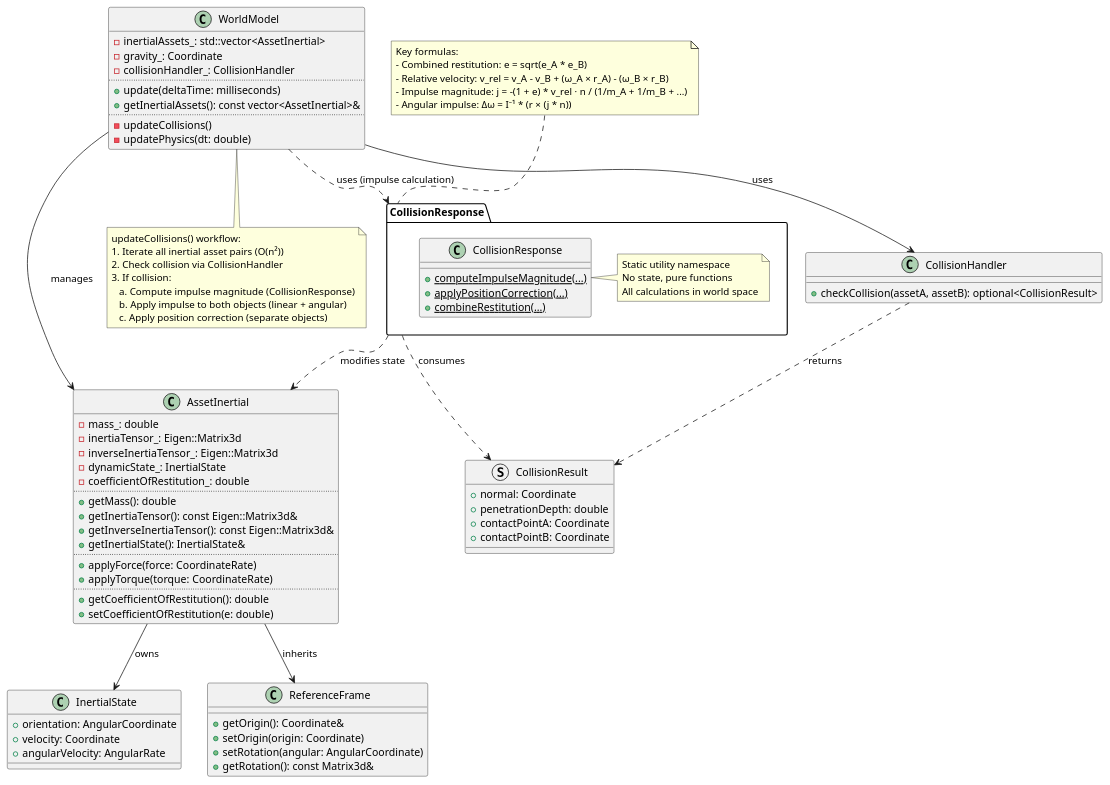
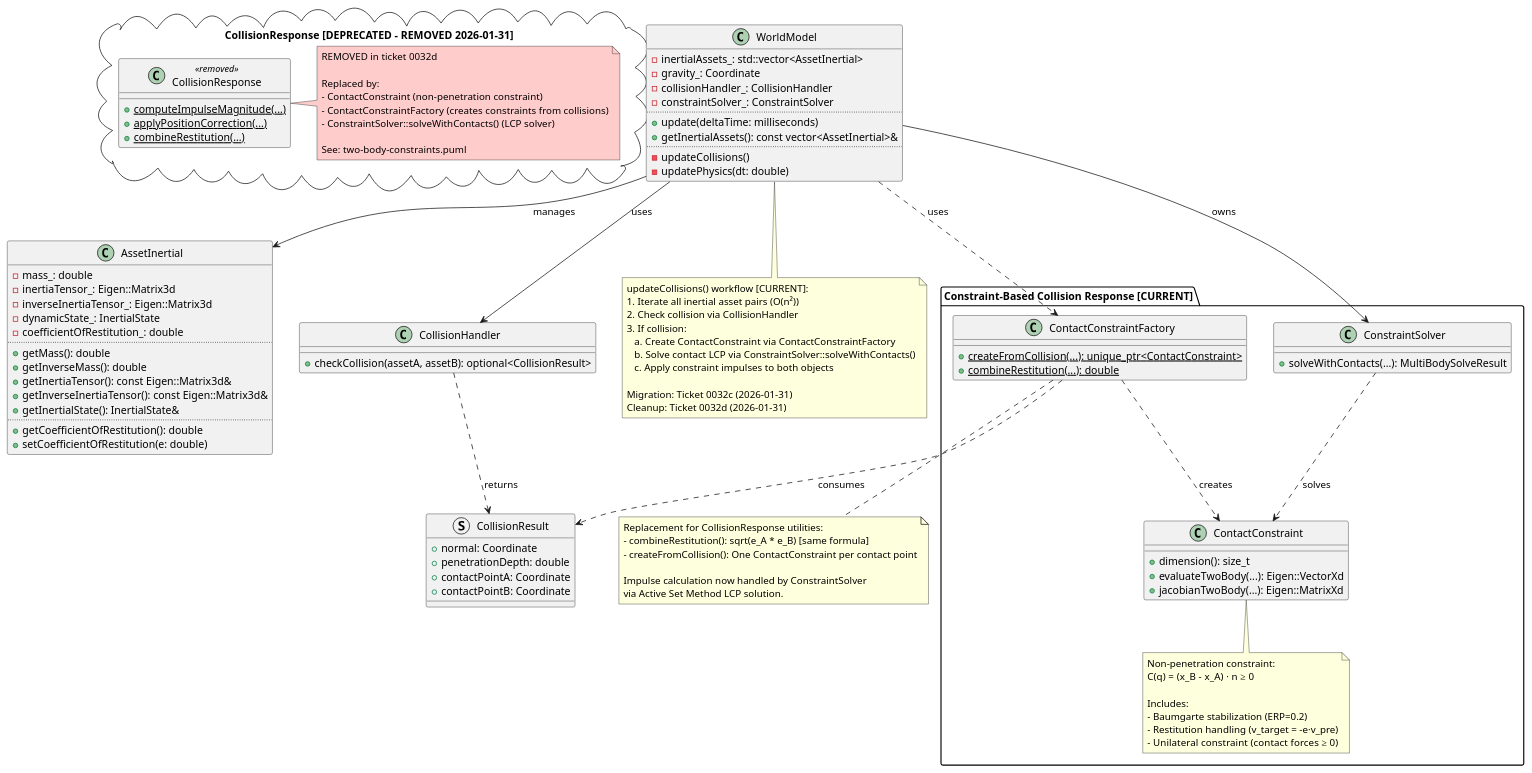
One commit to danielnewman09/MSD-CPP changed the diagram in docs/msd/msd-sim/Physics/collision-response.puml. Above: the diagram before and after it, drawn with PlantUML. The commit also changed 13 other files, not shown here.

Commit message:
implement collision response cleanup and documentation updates

```diff
--- a/docs/msd/msd-sim/Physics/collision-response.puml
+++ b/docs/msd/msd-sim/Physics/collision-response.puml
@@ -1,121 +1,151 @@
 @startuml
 
-' === Collision Response System ===
-' Impulse-based physics response for rigid body collisions
-' Ticket: 0027_collision_response_system
+' === HISTORICAL: Collision Response System ===
+' This diagram documents the deprecated impulse-based collision response
+' system that was REMOVED in ticket 0032d (2026-01-31).
+'
+' Original ticket: 0027_collision_response_system (2026-01-24)
+' Removal ticket: 0032d_collision_response_cleanup (2026-01-31)
+' Parent refactor: 0032_contact_constraint_refactor
+'
+' REPLACEMENT: Collision response is now handled by the constraint framework.
+' See: two-body-constraints.puml for ContactConstraint and ContactConstraintFactory
+' See: generalized-constraints.puml for ConstraintSolver
 
-package "CollisionResponse" {
-  class CollisionResponse {
+package "CollisionResponse [DEPRECATED - REMOVED 2026-01-31]" <<Cloud>> {
+  class CollisionResponse <<removed>> {
     ' Stateless utility namespace for collision response calculations
     {static} + computeImpulseMagnitude(...)
     {static} + applyPositionCorrection(...)
     {static} + combineRestitution(...)
   }
 
-  note right of CollisionResponse
-    Static utility namespace
-    No state, pure functions
-    All calculations in world space
+  note right of CollisionResponse #FFCCCC
+    REMOVED in ticket 0032d
+
+    Replaced by:
+    - ContactConstraint (non-penetration constraint)
+    - ContactConstraintFactory (creates constraints from collisions)
+    - ConstraintSolver::solveWithContacts() (LCP solver)
+
+    See: two-body-constraints.puml
   end note
 }
 
-' === Integration with AssetInertial ===
+' === Current System (Post-Removal) ===
+
+package "Constraint-Based Collision Response [CURRENT]" {
+  class ContactConstraint {
+    + dimension(): size_t
+    + evaluateTwoBody(...): Eigen::VectorXd
+    + jacobianTwoBody(...): Eigen::MatrixXd
+  }
+
+  class ContactConstraintFactory {
+    {static} + createFromCollision(...): unique_ptr<ContactConstraint>
+    {static} + combineRestitution(...): double
+  }
+
+  class ConstraintSolver {
+    + solveWithContacts(...): MultiBodySolveResult
+  }
+
+  note bottom of ContactConstraint
+    Non-penetration constraint:
+    C(q) = (x_B - x_A) · n ≥ 0
+
+    Includes:
+    - Baumgarte stabilization (ERP=0.2)
+    - Restitution handling (v_target = -e·v_pre)
+    - Unilateral constraint (contact forces ≥ 0)
+  end note
+}
+
+' === Integration with AssetInertial (unchanged) ===
 
 class AssetInertial {
   ' Mass properties
   - mass_: double
   - inertiaTensor_: Eigen::Matrix3d
   - inverseInertiaTensor_: Eigen::Matrix3d
   - dynamicState_: InertialState
   - coefficientOfRestitution_: double
   ..
   ' Mass property accessors
   + getMass(): double
+  + getInverseMass(): double
   + getInertiaTensor(): const Eigen::Matrix3d&
   + getInverseInertiaTensor(): const Eigen::Matrix3d&
   + getInertialState(): InertialState&
-  ..
-  ' Force application
-  + applyForce(force: CoordinateRate)
-  + applyTorque(torque: CoordinateRate)
   ..
   ' Collision properties
   + getCoefficientOfRestitution(): double
   + setCoefficientOfRestitution(e: double)
 }
 
 class WorldModel {
   ' Simulation state
   - inertialAssets_: std::vector<AssetInertial>
   - gravity_: Coordinate
   - collisionHandler_: CollisionHandler
+  - constraintSolver_: ConstraintSolver
   ..
   ' Update loop
   + update(deltaTime: milliseconds)
   + getInertialAssets(): const vector<AssetInertial>&
   ..
   ' Physics integration
   - updateCollisions()
   - updatePhysics(dt: double)
 }
 
 ' === Existing Components (for context) ===
 
 class CollisionHandler {
   + checkCollision(assetA, assetB): optional<CollisionResult>
 }
 
 struct CollisionResult {
   + normal: Coordinate
   + penetrationDepth: double
   + contactPointA: Coordinate
   + contactPointB: Coordinate
 }
 
-class InertialState {
-  + orientation: AngularCoordinate
-  + velocity: Coordinate
-  + angularVelocity: AngularRate
-}
-
-class ReferenceFrame {
-  + getOrigin(): Coordinate&
-  + setOrigin(origin: Coordinate)
-  + setRotation(angular: AngularCoordinate)
-  + getRotation(): const Matrix3d&
-}
-
-' === Relationships ===
+' === Relationships (Current System) ===
 
 WorldModel --> CollisionHandler : uses
 WorldModel --> AssetInertial : manages
-WorldModel ..> CollisionResponse : uses (impulse calculation)
+WorldModel --> ConstraintSolver : owns
+WorldModel ..> ContactConstraintFactory : uses
 
 CollisionHandler ..> CollisionResult : returns
-CollisionResponse ..> CollisionResult : consumes
-CollisionResponse ..> AssetInertial : modifies state
+ContactConstraintFactory ..> CollisionResult : consumes
+ContactConstraintFactory ..> ContactConstraint : creates
+ConstraintSolver ..> ContactConstraint : solves
 
-AssetInertial --> InertialState : owns
-AssetInertial --> ReferenceFrame : inherits
-
-' === Workflow Annotations ===
+' === Workflow Annotations (Current System) ===
 
 note bottom of WorldModel
-  updateCollisions() workflow:
+  updateCollisions() workflow [CURRENT]:
   1. Iterate all inertial asset pairs (O(n²))
   2. Check collision via CollisionHandler
   3. If collision:
-     a. Compute impulse magnitude (CollisionResponse)
-     b. Apply impulse to both objects (linear + angular)
-     c. Apply position correction (separate objects)
+     a. Create ContactConstraint via ContactConstraintFactory
+     b. Solve contact LCP via ConstraintSolver::solveWithContacts()
+     c. Apply constraint impulses to both objects
+
+  Migration: Ticket 0032c (2026-01-31)
+  Cleanup: Ticket 0032d (2026-01-31)
 end note
 
-note top of CollisionResponse
-  Key formulas:
-  - Combined restitution: e = sqrt(e_A * e_B)
-  - Relative velocity: v_rel = v_A - v_B + (ω_A × r_A) - (ω_B × r_B)
-  - Impulse magnitude: j = -(1 + e) * v_rel · n / (1/m_A + 1/m_B + ...)
-  - Angular impulse: Δω = I⁻¹ * (r × (j * n))
+note bottom of ContactConstraintFactory
+  Replacement for CollisionResponse utilities:
+  - combineRestitution(): sqrt(e_A * e_B) [same formula]
+  - createFromCollision(): One ContactConstraint per contact point
+
+  Impulse calculation now handled by ConstraintSolver
+  via Active Set Method LCP solution.
 end note
 
 @enduml
```
